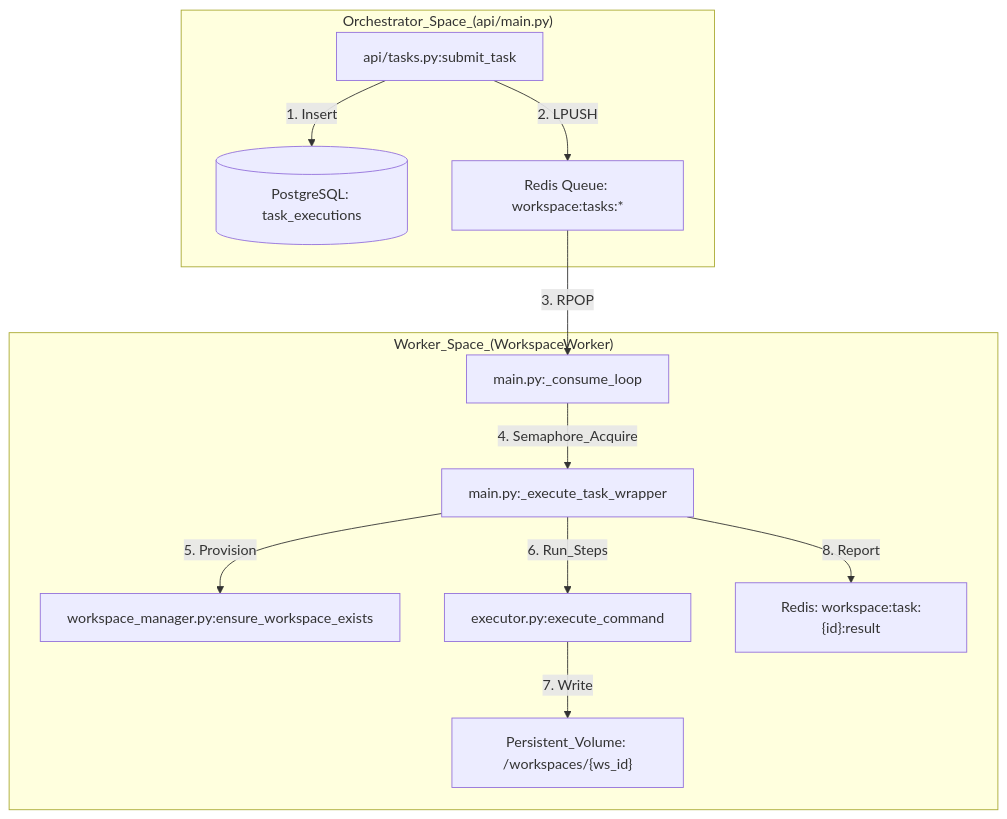
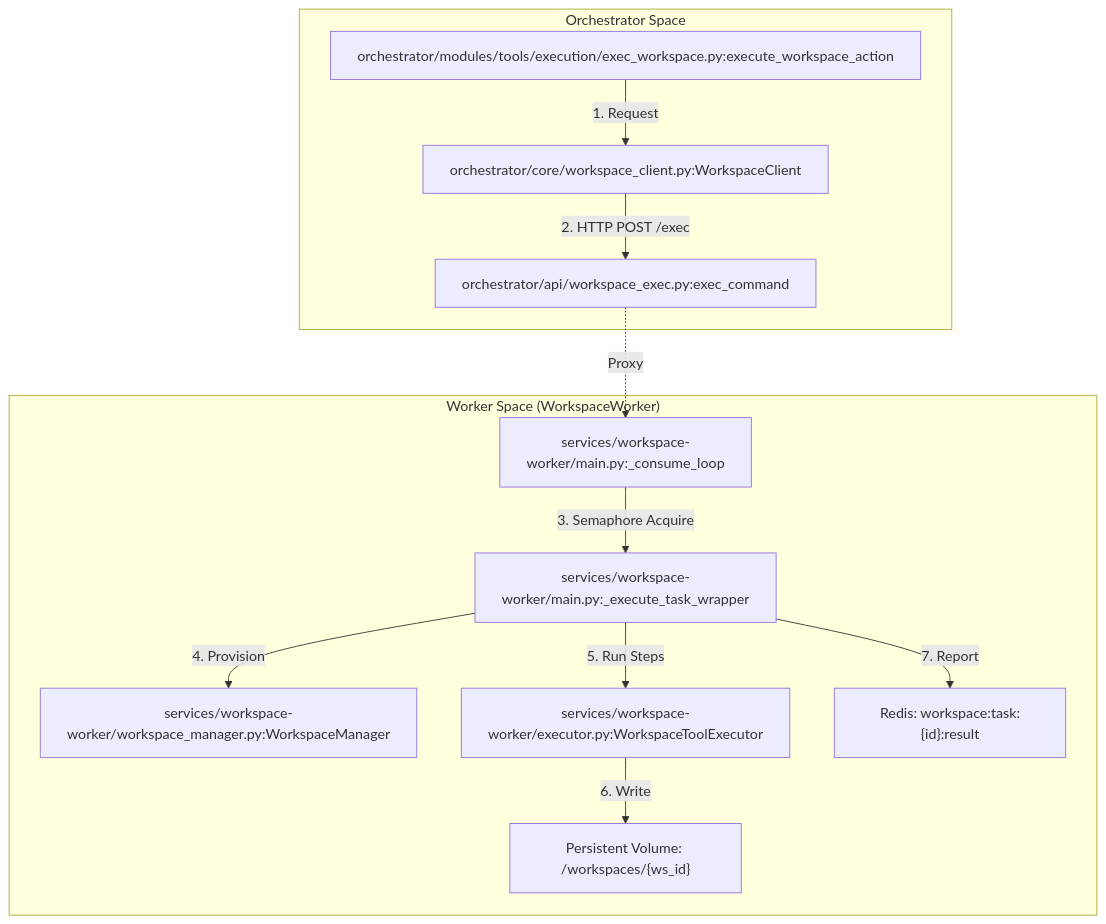
The first of 2 diagrams in docs/workspace-execution/workspace-worker-architecture.md (AutomatosAI/automatos-ai), drawn with Mermaid before and after one commit. The commit also changed other lines of this file and 153 other files, not shown here.

````diff
--- a/docs/workspace-execution/workspace-worker-architecture.md
+++ b/docs/workspace-execution/workspace-worker-architecture.md
@@ -43,16 +44,17 @@
 ```mermaid
 graph TD
-  subgraph "Orchestrator_Space_(api/main.py)"
-    A["api/tasks.py:submit_task"] -->|1. Insert| B[("PostgreSQL: task_executions")]
-    A -->|2. LPUSH| C["Redis Queue: workspace:tasks:*"]
+  subgraph "Orchestrator Space"
+    A["orchestrator/modules/tools/execution/exec_workspace.py:execute_workspace_action"] -->|1. Request| B["orchestrator/core/workspace_client.py:WorkspaceClient"]
+    B -->|2. HTTP POST /exec| C["orchestrator/api/workspace_exec.py:exec_command"]
   end
 
-  subgraph "Worker_Space_(WorkspaceWorker)"
-    C -->|3. RPOP| D["main.py:_consume_loop"]
-    D -->|4. Semaphore_Acquire| E["main.py:_execute_task_wrapper"]
-    E -->|5. Provision| F["workspace_manager.py:ensure_workspace_exists"]
-    E -->|6. Run_Steps| G["executor.py:execute_command"]
-    G -->|7. Write| H["Persistent_Volume: /workspaces/{ws_id}"]
-    E -->|8. Report| I["Redis: workspace:task:{id}:result"]
+  subgraph "Worker Space (WorkspaceWorker)"
+    D["services/workspace-worker/main.py:_consume_loop"] -->|3. Semaphore Acquire| E["services/workspace-worker/main.py:_execute_task_wrapper"]
+    E -->|4. Provision| F["services/workspace-worker/workspace_manager.py:WorkspaceManager"]
+    E -->|5. Run Steps| G["services/workspace-worker/executor.py:WorkspaceToolExecutor"]
+    G -->|6. Write| H["Persistent Volume: /workspaces/{ws_id}"]
+    E -->|7. Report| I["Redis: workspace:task:{id}:result"]
   end
+
+  C -.->|Proxy| D
 ```
````
